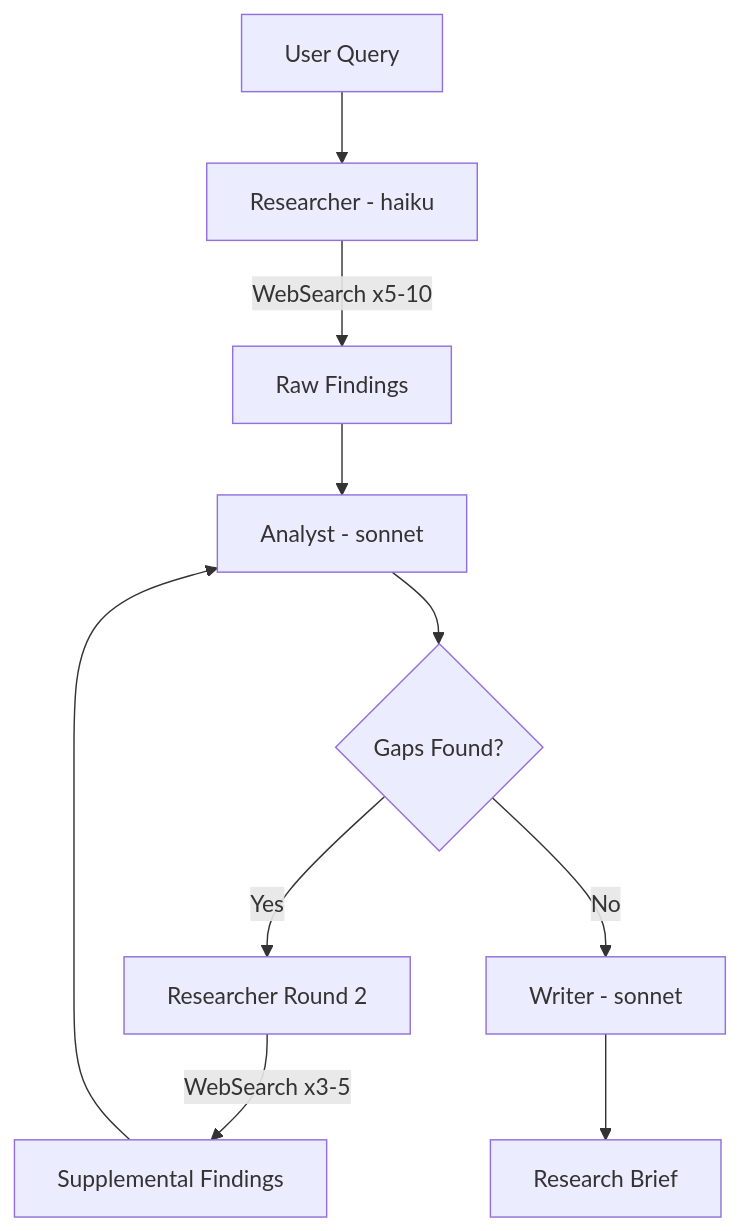
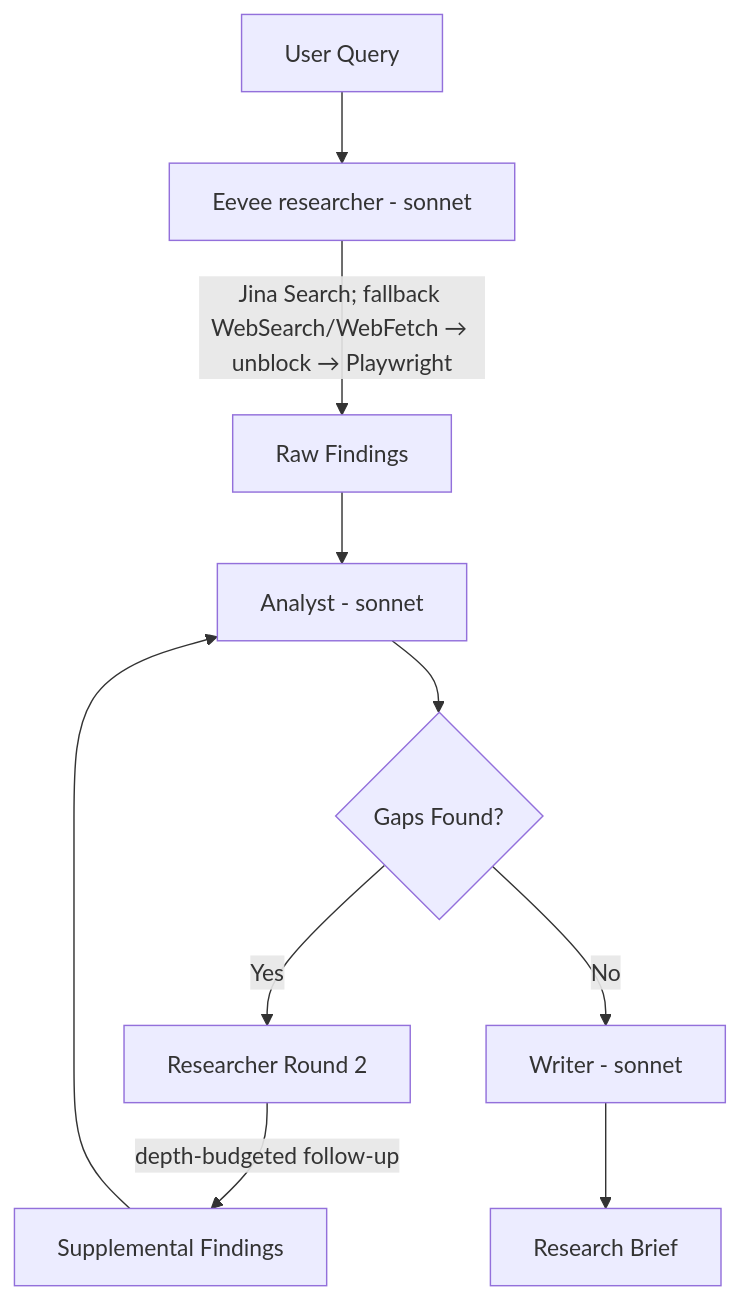
One commit to unclejobs-ai/second-claude-code changed the diagram in docs/skills/research.md. Above: the diagram before and after it, drawn with Mermaid. The commit also changed other lines of this file and 147 other files, not shown here.

````diff
--- a/docs/skills/research.md
+++ b/docs/skills/research.md
@@ -53,12 +67,12 @@
 ```mermaid
 graph TD
-    A[User Query] --> B[Researcher - haiku]
-    B -->|WebSearch x5-10| C[Raw Findings]
+    A[User Query] --> B[Eevee researcher - sonnet]
+    B -->|Jina Search; fallback WebSearch/WebFetch → unblock → Playwright| C[Raw Findings]
     C --> D[Analyst - sonnet]
     D --> E{Gaps Found?}
     E -->|Yes| F[Researcher Round 2]
-    F -->|WebSearch x3-5| G[Supplemental Findings]
+    F -->|depth-budgeted follow-up| G[Supplemental Findings]
     G --> D
     E -->|No| H[Writer - sonnet]
     H --> I[Research Brief]
 ```
````
